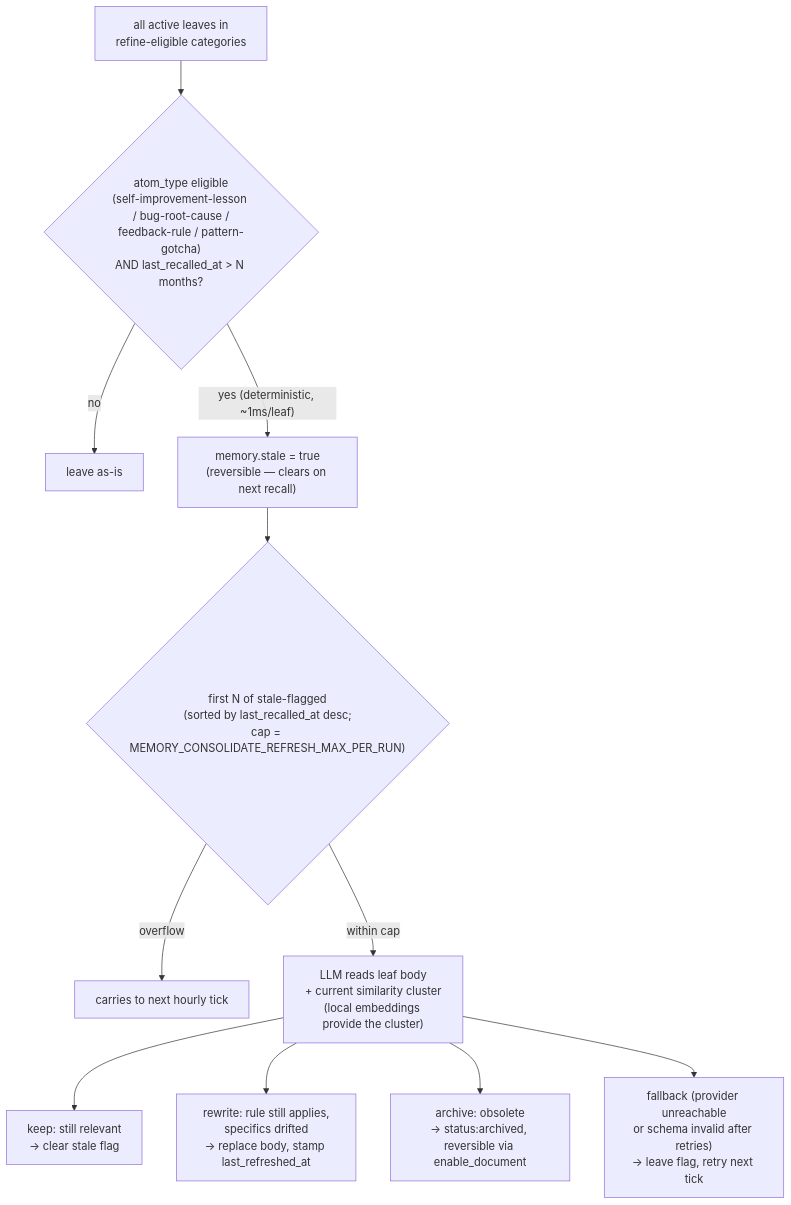
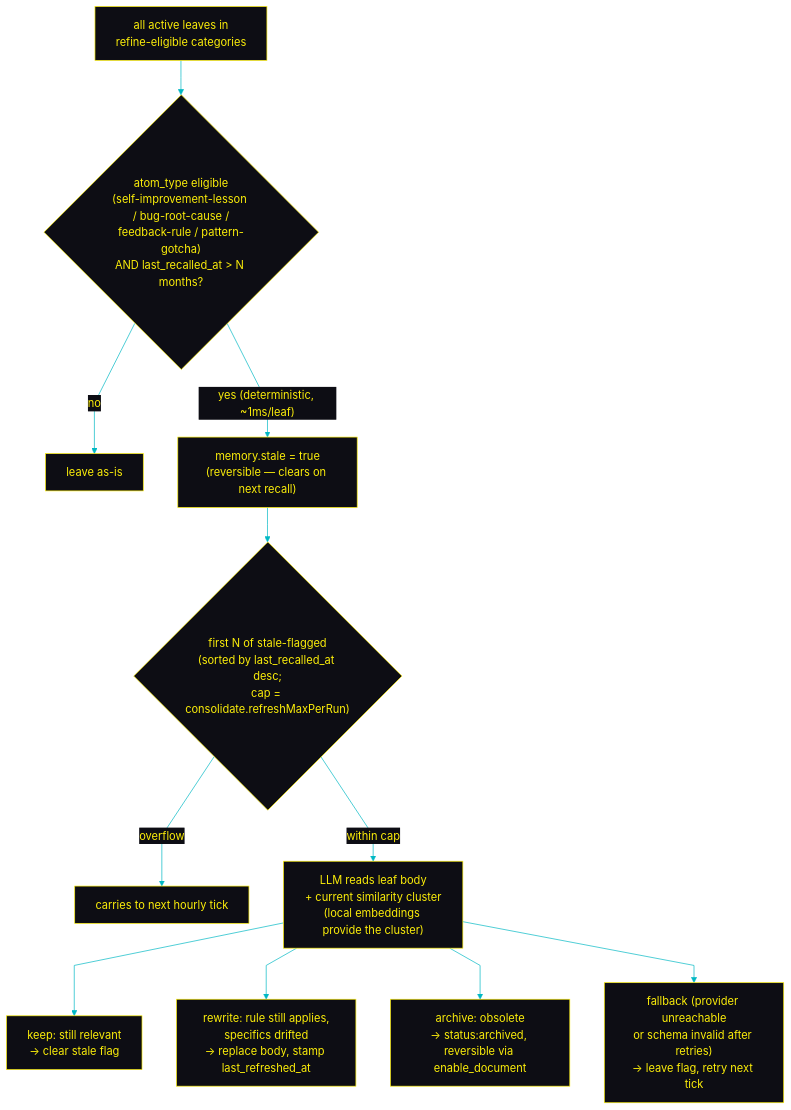
The fourth of 4 diagrams in README.md (ctxr-dev/llm-wiki-memory), drawn with Mermaid before and after one commit. The commit also changed other lines of this file and 99 other files, not shown here.

````diff
--- a/README.md
+++ b/README.md
@@ -196,14 +288,15 @@
 ```mermaid
+%%{init: {"theme":"base","flowchart":{"curve":"linear"},"themeVariables":{"lineColor":"#00B8C4","primaryColor":"#0D0D14","primaryTextColor":"#FCEE0A","primaryBorderColor":"#FCEE0A","secondaryColor":"#16161E","tertiaryColor":"#16161E","clusterBkg":"#16161E","clusterBorder":"#00B8C4","edgeLabelBackground":"#0D0D14","textColor":"#00B8C4"}}}%%
 flowchart TD
     A["all active leaves in<br/>refine-eligible categories"]
     A --> B{"atom_type eligible<br/>(self-improvement-lesson / bug-root-cause /<br/>feedback-rule / pattern-gotcha)<br/>AND last_recalled_at &gt; N months?"}
     B -- "no" --> SKIP["leave as-is"]
     B -- "yes (deterministic, ~1ms/leaf)" --> F["memory.stale = true<br/>(reversible — clears on next recall)"]
-    F --> CAP{"first N of stale-flagged<br/>(sorted by last_recalled_at desc;<br/>cap = MEMORY_CONSOLIDATE_REFRESH_MAX_PER_RUN)"}
+    F --> CAP{"first N of stale-flagged<br/>(sorted by last_recalled_at desc;<br/>cap = consolidate.refreshMaxPerRun)"}
     CAP -- "overflow" --> CARRY["carries to next hourly tick"]
     CAP -- "within cap" --> LLM["LLM reads leaf body<br/>+ current similarity cluster<br/>(local embeddings provide the cluster)"]
     LLM --> K["keep: still relevant<br/>→ clear stale flag"]
     LLM --> R["rewrite: rule still applies,<br/>specifics drifted<br/>→ replace body, stamp last_refreshed_at"]
     LLM --> AR["archive: obsolete<br/>→ status:archived, reversible via enable_document"]
     LLM --> FB["fallback (provider unreachable<br/>or schema invalid after retries)<br/>→ leave flag, retry next tick"]
 ```
````
